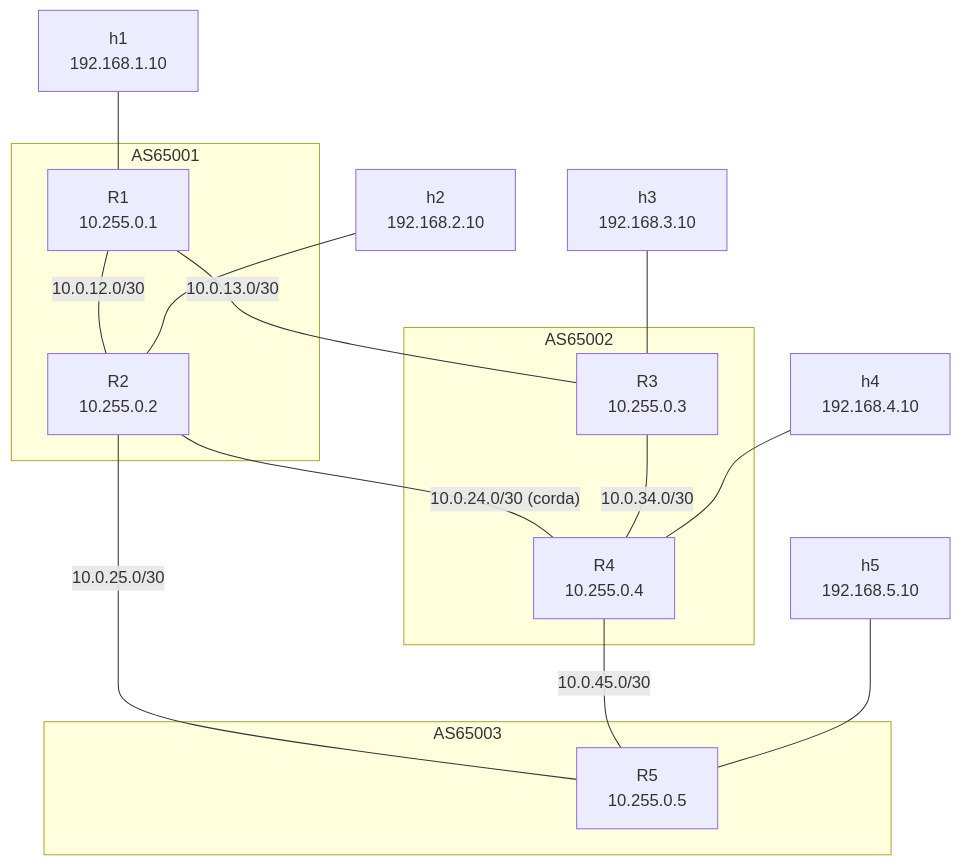
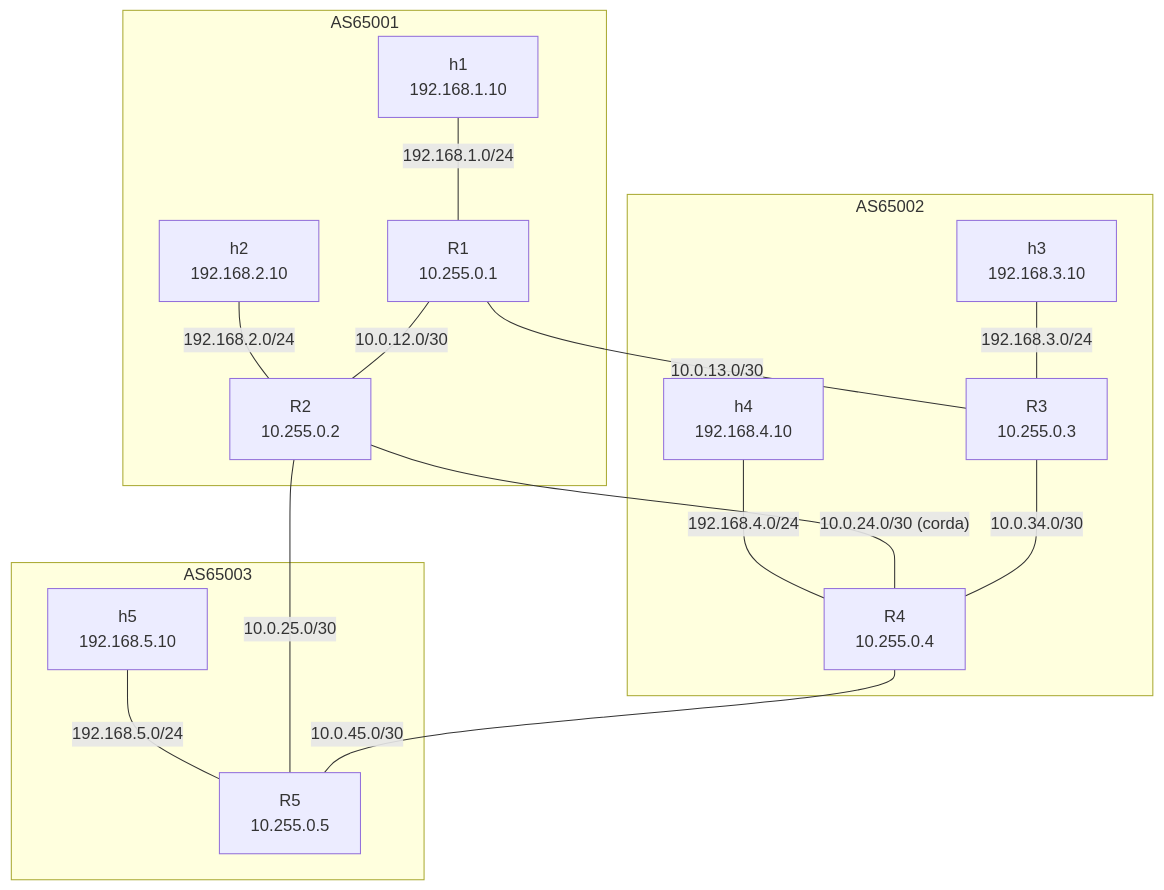
One commit to Pglopess/lab-roteamento-frr changed the first of 2 diagrams in README.md. Above: the diagram before and after it, drawn with Mermaid.

Commit message:
README: hosts dentro dos ASes no diagrama fisico

````diff
--- a/README.md
+++ b/README.md
@@ -41,25 +41,30 @@
 ```mermaid
 graph TB
   subgraph AS1["AS65001"]
+    H1["h1<br/>192.168.1.10"]
     R1["R1<br/>10.255.0.1"]
     R2["R2<br/>10.255.0.2"]
+    H2["h2<br/>192.168.2.10"]
   end
   subgraph AS2["AS65002"]
+    H3["h3<br/>192.168.3.10"]
     R3["R3<br/>10.255.0.3"]
     R4["R4<br/>10.255.0.4"]
+    H4["h4<br/>192.168.4.10"]
   end
   subgraph AS3["AS65003"]
     R5["R5<br/>10.255.0.5"]
+    H5["h5<br/>192.168.5.10"]
   end
+  H1 ---|"192.168.1.0/24"| R1
+  H2 ---|"192.168.2.0/24"| R2
+  H3 ---|"192.168.3.0/24"| R3
+  H4 ---|"192.168.4.0/24"| R4
+  H5 ---|"192.168.5.0/24"| R5
   R1 ---|"10.0.12.0/30"| R2
   R1 ---|"10.0.13.0/30"| R3
   R2 ---|"10.0.24.0/30 (corda)"| R4
   R2 ---|"10.0.25.0/30"| R5
   R3 ---|"10.0.34.0/30"| R4
   R4 ---|"10.0.45.0/30"| R5
-  H1["h1<br/>192.168.1.10"] --- R1
-  H2["h2<br/>192.168.2.10"] --- R2
-  H3["h3<br/>192.168.3.10"] --- R3
-  H4["h4<br/>192.168.4.10"] --- R4
-  H5["h5<br/>192.168.5.10"] --- R5
 ```
````
